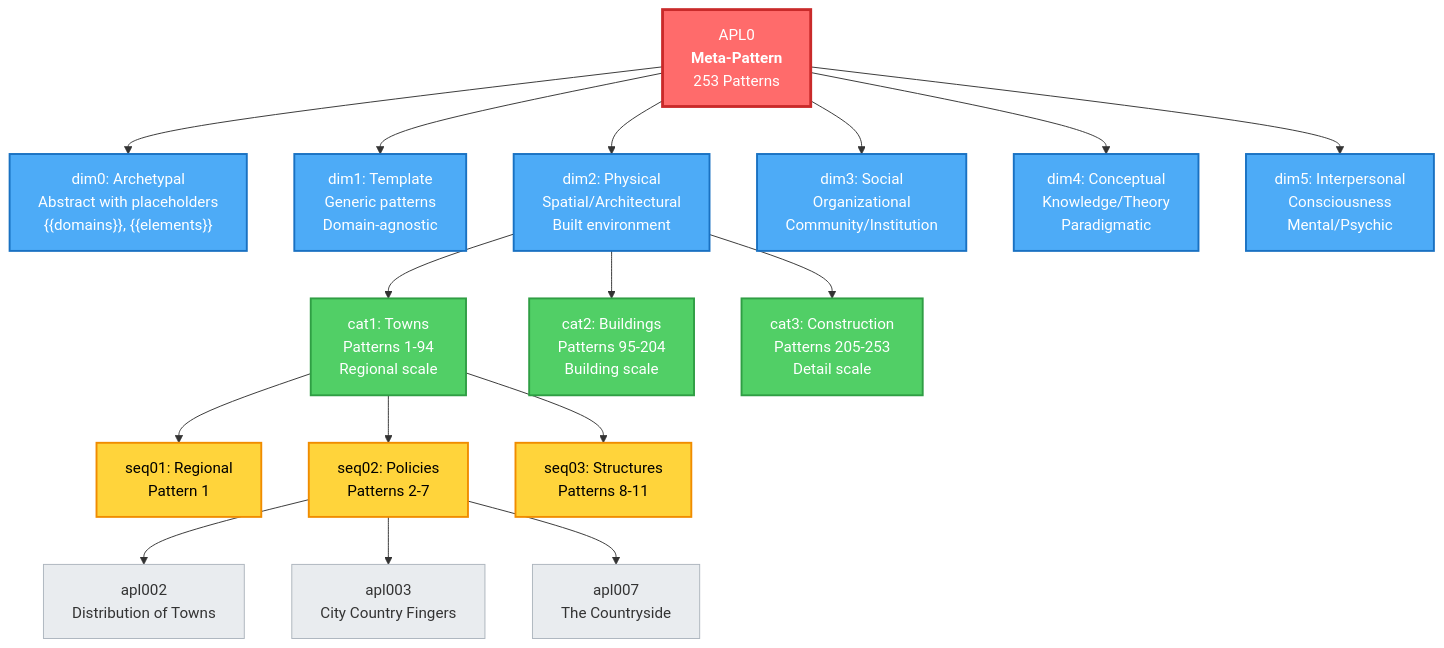
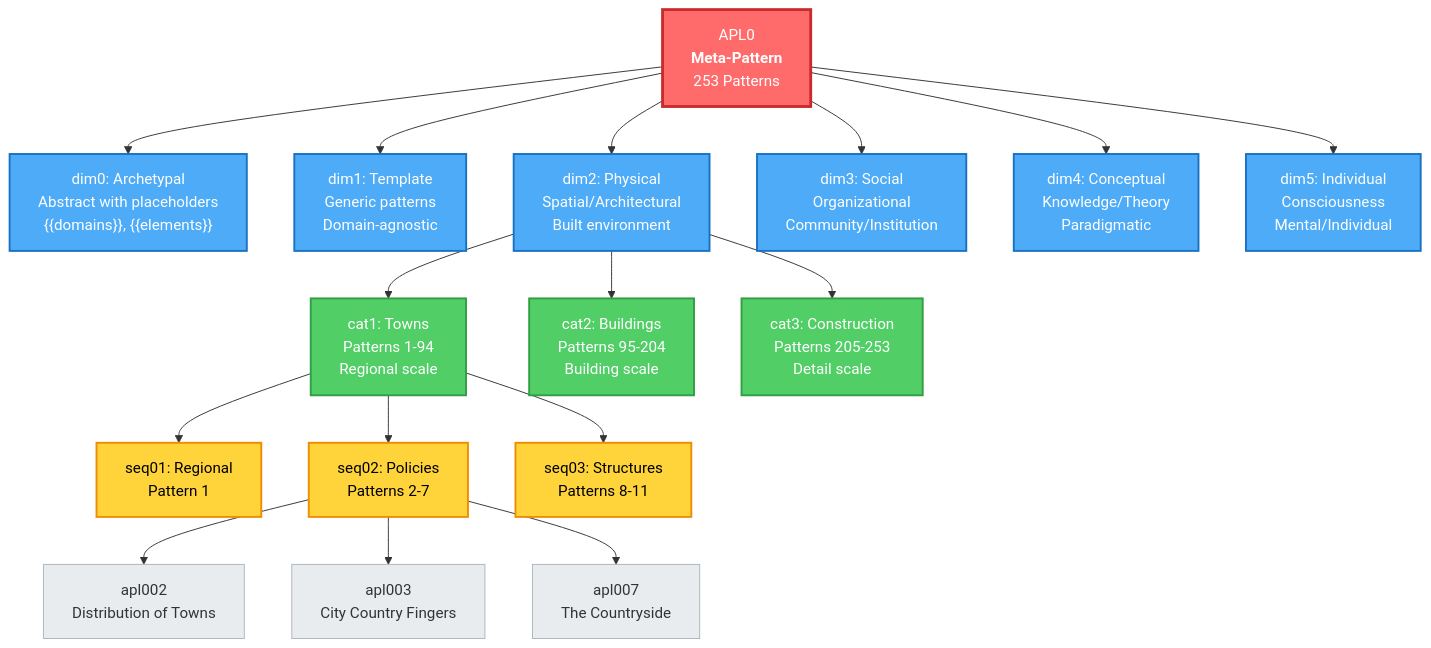
One commit to cogpy/NNPL-253-253 changed the fifth of 5 diagrams in CONVERGENCE_VISUALIZATION.md. Above: the diagram before and after it, drawn with Mermaid. The commit also changed other lines of this file and 162 other files, not shown here.

````diff
--- a/CONVERGENCE_VISUALIZATION.md
+++ b/CONVERGENCE_VISUALIZATION.md
@@ -163,47 +163,47 @@
 ```mermaid
 graph TB
     %% Root
     APL0["APL0<br/><b>Meta-Pattern</b><br/>253 Patterns"]
     
     %% 6 Dimensions
     D0["dim0: Archetypal<br/>Abstract with placeholders<br/>{{domains}}, {{elements}}"]
     D1["dim1: Template<br/>Generic patterns<br/>Domain-agnostic"]
     D2["dim2: Physical<br/>Spatial/Architectural<br/>Built environment"]
     D3["dim3: Social<br/>Organizational<br/>Community/Institution"]
     D4["dim4: Conceptual<br/>Knowledge/Theory<br/>Paradigmatic"]
-    D5["dim5: Interpersonal<br/>Consciousness<br/>Mental/Psychic"]
+    D5["dim5: Individual<br/>Consciousness<br/>Mental/Individual"]
     
     %% Categories under dim2 (example)
     D2C1["cat1: Towns<br/>Patterns 1-94<br/>Regional scale"]
     D2C2["cat2: Buildings<br/>Patterns 95-204<br/>Building scale"]
     D2C3["cat3: Construction<br/>Patterns 205-253<br/>Detail scale"]
     
     %% Sequences under cat1 (example)
     D2C1S1["seq01: Regional<br/>Pattern 1"]
     D2C1S2["seq02: Policies<br/>Patterns 2-7"]
     D2C1S3["seq03: Structures<br/>Patterns 8-11"]
     
     %% Patterns under seq02 (example)
     D2C1S2P2["apl002<br/>Distribution of Towns"]
     D2C1S2P3["apl003<br/>City Country Fingers"]
     D2C1S2P7["apl007<br/>The Countryside"]
     
     %% Connections
     APL0 --> D0 & D1 & D2 & D3 & D4 & D5
     D2 --> D2C1 & D2C2 & D2C3
     D2C1 --> D2C1S1 & D2C1S2 & D2C1S3
     D2C1S2 --> D2C1S2P2 & D2C1S2P3 & D2C1S2P7
     
     %% Styling
     classDef meta fill:#ff6b6b,stroke:#c92a2a,stroke-width:3px,color:#fff
     classDef dim fill:#4dabf7,stroke:#1971c2,stroke-width:2px,color:#fff
     classDef cat fill:#51cf66,stroke:#2f9e44,stroke-width:2px,color:#fff
     classDef seq fill:#ffd43b,stroke:#f08c00,stroke-width:2px,color:#000
     classDef pat fill:#e9ecef,stroke:#adb5bd,stroke-width:1px
     
     class APL0 meta
     class D0,D1,D2,D3,D4,D5 dim
     class D2C1,D2C2,D2C3 cat
     class D2C1S1,D2C1S2,D2C1S3 seq
     class D2C1S2P2,D2C1S2P3,D2C1S2P7 pat
 ```
````
